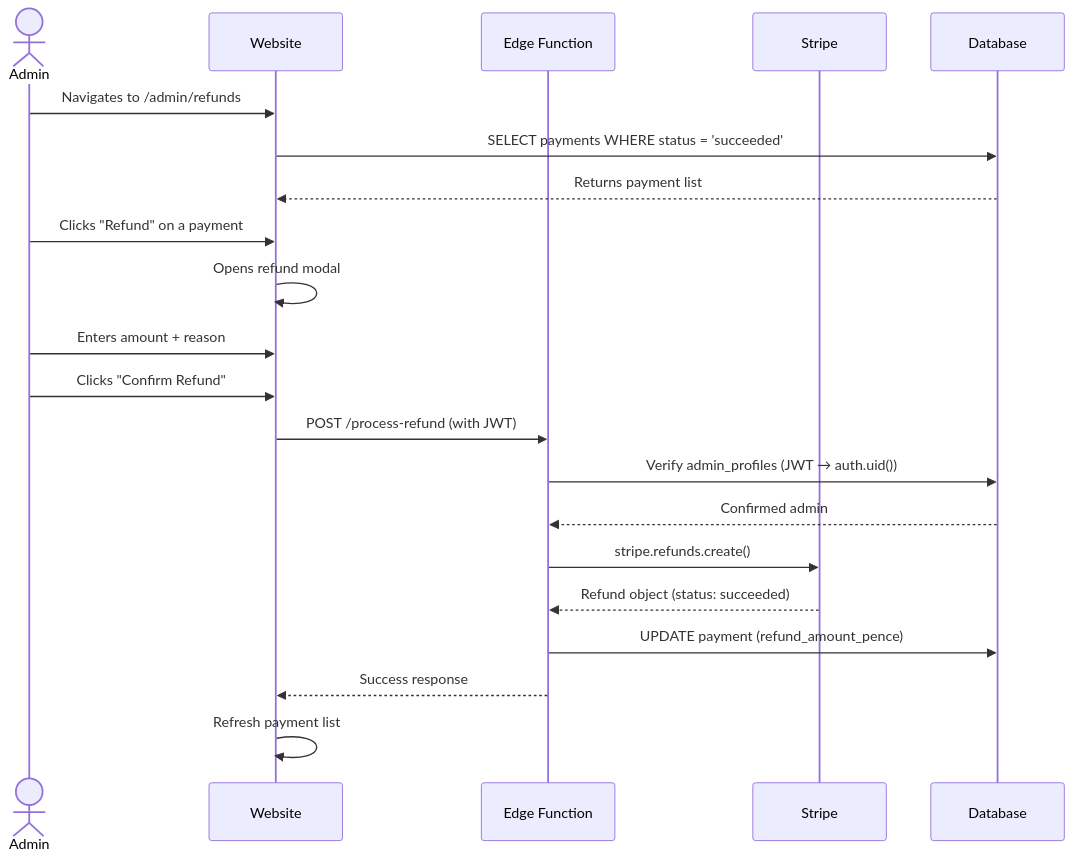
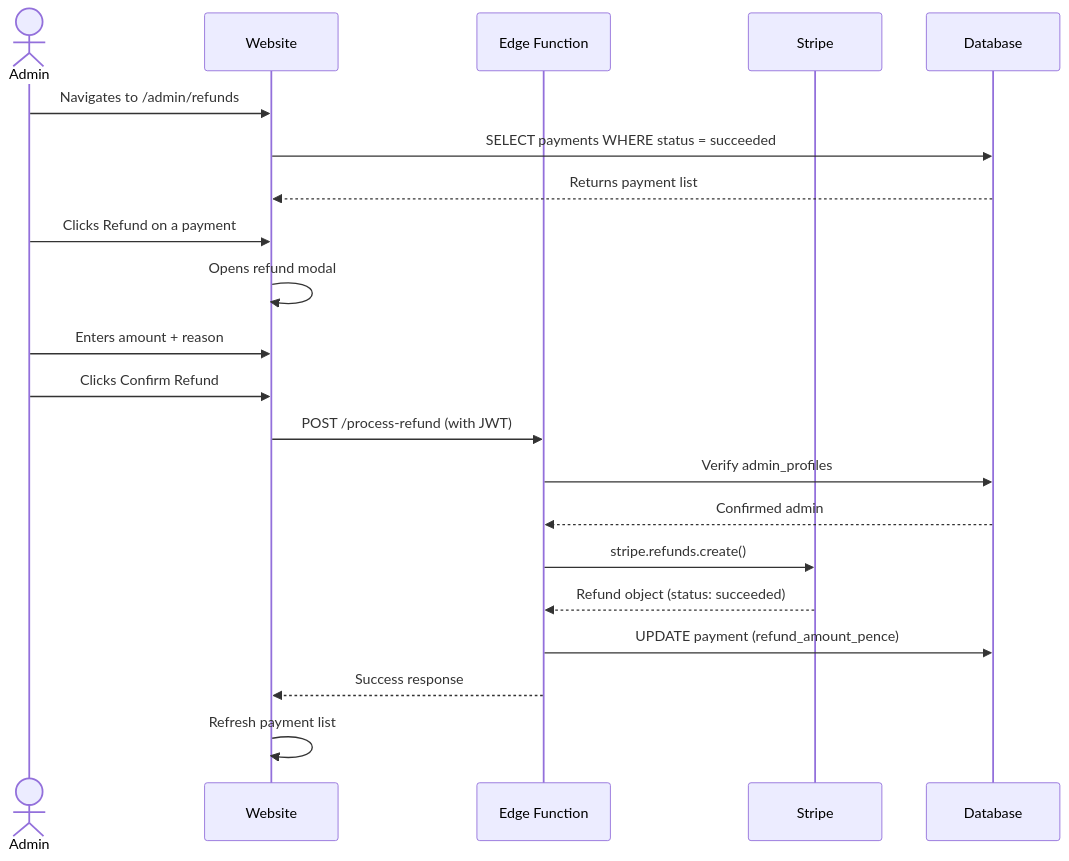
One commit to anyatechserv/puremaids changed diagram 11 of 17 in README.md. Above: the diagram before and after it, drawn with Mermaid. The commit also changed other lines of this file and 63 other files, not shown here.

````diff
--- a/README.md
+++ b/README.md
@@ -942,24 +836,23 @@
 ```mermaid
 sequenceDiagram
     actor A as Admin
     participant W as Website
     participant EF as Edge Function
     participant S as Stripe
     participant DB as Database
-
     A->>W: Navigates to /admin/refunds
-    W->>DB: SELECT payments WHERE status = 'succeeded'
+    W->>DB: SELECT payments WHERE status = succeeded
     DB-->>W: Returns payment list
-    A->>W: Clicks "Refund" on a payment
+    A->>W: Clicks Refund on a payment
     W->>W: Opens refund modal
     A->>W: Enters amount + reason
-    A->>W: Clicks "Confirm Refund"
+    A->>W: Clicks Confirm Refund
     W->>EF: POST /process-refund (with JWT)
-    EF->>DB: Verify admin_profiles (JWT → auth.uid())
+    EF->>DB: Verify admin_profiles
     DB-->>EF: Confirmed admin
     EF->>S: stripe.refunds.create()
     S-->>EF: Refund object (status: succeeded)
     EF->>DB: UPDATE payment (refund_amount_pence)
     EF-->>W: Success response
     W->>W: Refresh payment list
 ```
````
